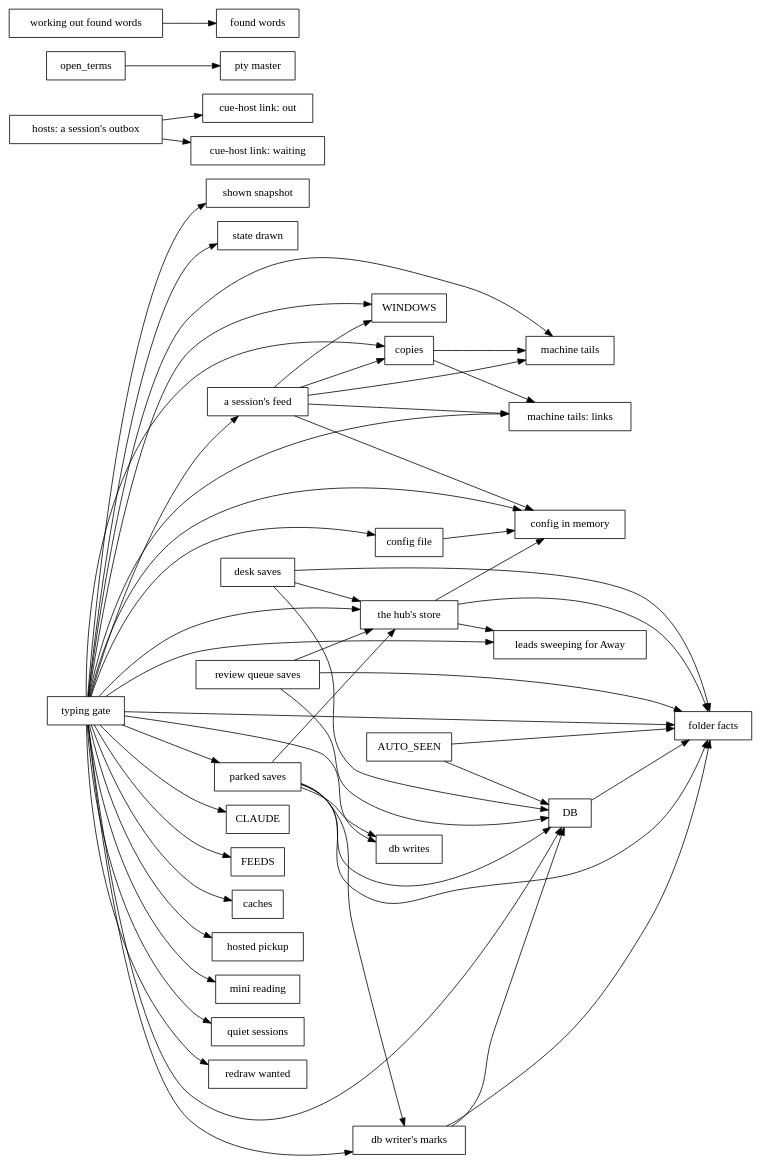
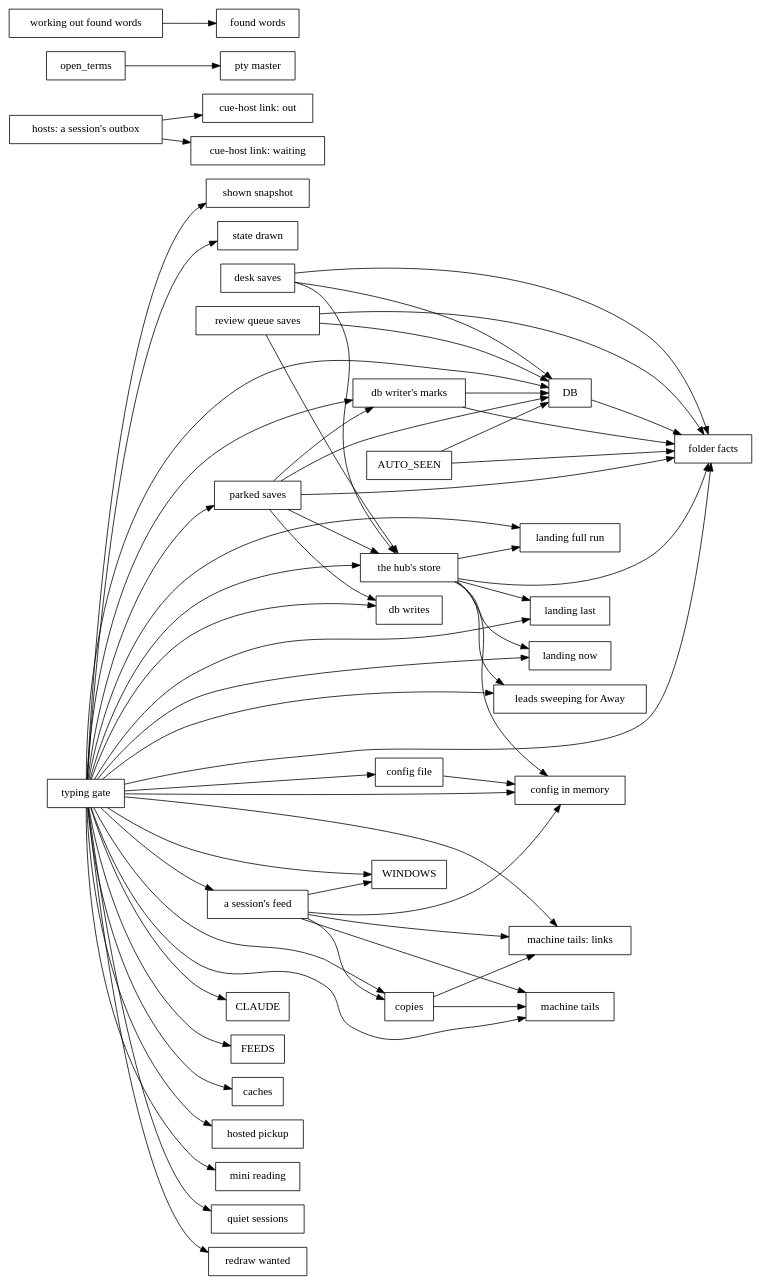
The diagram in docs/dev/lock-graph.dot (spacegrowth/cue), drawn with Graphviz before and after one commit. The commit also changed 2 other files, not shown here.

```diff
--- a/docs/dev/lock-graph.dot
+++ b/docs/dev/lock-graph.dot
@@ -1,59 +1,65 @@
 // Generated by `cargo run -p xtask -- inventory`; don't edit by hand.
 digraph locks {
   rankdir=LR;
   node [shape=box];
   "AUTO_SEEN" -> "DB";
   "AUTO_SEEN" -> "folder facts";
   "DB" -> "folder facts";
   "a session's feed" -> "WINDOWS";
   "a session's feed" -> "config in memory";
   "a session's feed" -> "copies";
   "a session's feed" -> "machine tails";
   "a session's feed" -> "machine tails: links";
   "config file" -> "config in memory";
   "copies" -> "machine tails";
   "copies" -> "machine tails: links";
   "db writer's marks" -> "DB";
   "db writer's marks" -> "folder facts";
   "desk saves" -> "DB";
   "desk saves" -> "folder facts";
   "desk saves" -> "the hub's store";
   "hosts: a session's outbox" -> "cue-host link: out";
   "hosts: a session's outbox" -> "cue-host link: waiting";
   "open_terms" -> "pty master";
   "parked saves" -> "DB";
   "parked saves" -> "db writer's marks";
   "parked saves" -> "db writes";
   "parked saves" -> "folder facts";
   "parked saves" -> "the hub's store";
   "review queue saves" -> "DB";
   "review queue saves" -> "folder facts";
   "review queue saves" -> "the hub's store";
   "the hub's store" -> "config in memory";
   "the hub's store" -> "folder facts";
+  "the hub's store" -> "landing full run";
+  "the hub's store" -> "landing last";
+  "the hub's store" -> "landing now";
   "the hub's store" -> "leads sweeping for Away";
   "typing gate" -> "CLAUDE";
   "typing gate" -> "DB";
   "typing gate" -> "FEEDS";
   "typing gate" -> "WINDOWS";
   "typing gate" -> "a session's feed";
   "typing gate" -> "caches";
   "typing gate" -> "config file";
   "typing gate" -> "config in memory";
   "typing gate" -> "copies";
   "typing gate" -> "db writer's marks";
   "typing gate" -> "db writes";
   "typing gate" -> "folder facts";
   "typing gate" -> "hosted pickup";
+  "typing gate" -> "landing full run";
+  "typing gate" -> "landing last";
+  "typing gate" -> "landing now";
   "typing gate" -> "leads sweeping for Away";
   "typing gate" -> "machine tails";
   "typing gate" -> "machine tails: links";
   "typing gate" -> "mini reading";
   "typing gate" -> "parked saves";
   "typing gate" -> "quiet sessions";
   "typing gate" -> "redraw wanted";
   "typing gate" -> "shown snapshot";
   "typing gate" -> "state drawn";
   "typing gate" -> "the hub's store";
   "working out found words" -> "found words";
 }
```
